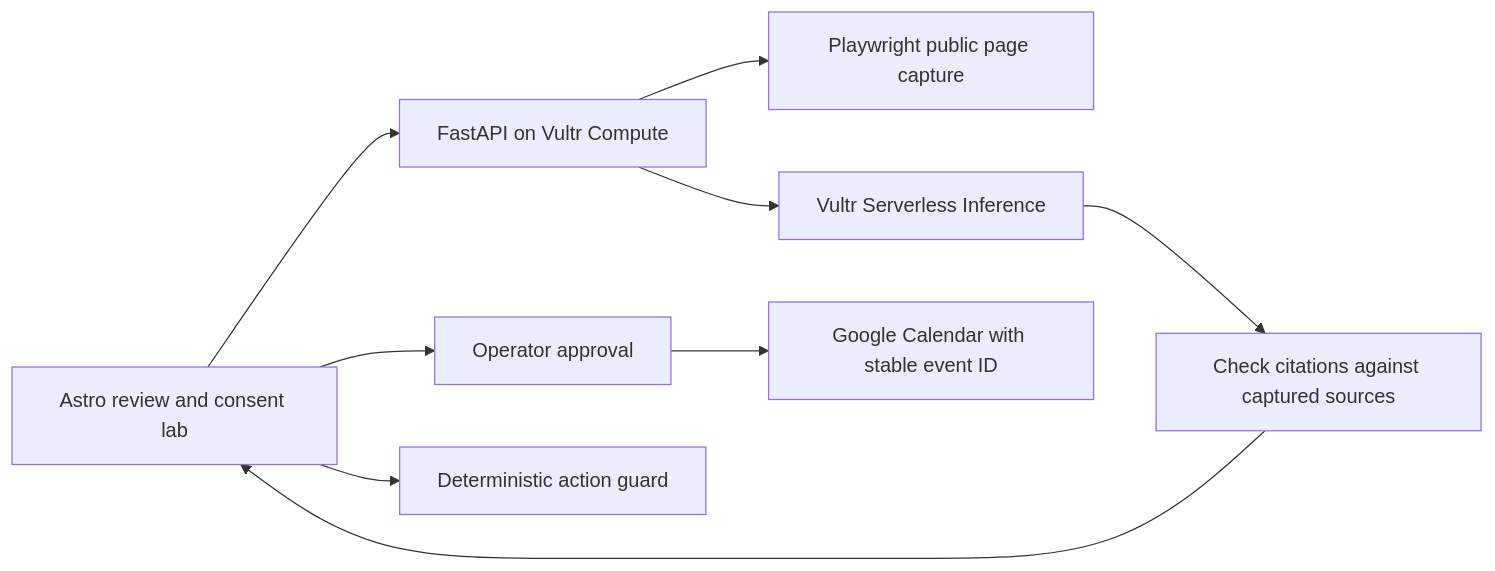
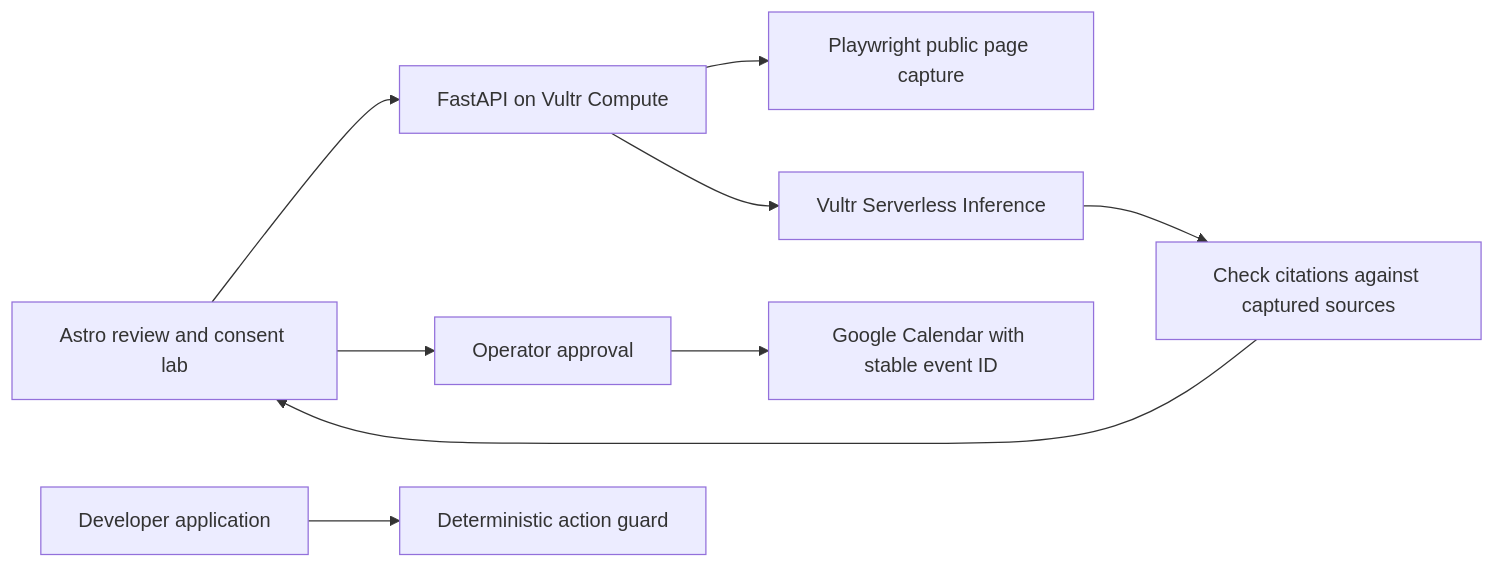
Before and after one commit to CharanD547/CoercionGuard: the diagram in README.md, drawn with Mermaid. The commit also changed other lines of this file and 12 other files, not shown here.

````diff
--- a/README.md
+++ b/README.md
@@ -14,11 +16,11 @@
 ```mermaid
 flowchart LR
     UI[Astro review and consent lab] --> API[FastAPI on Vultr Compute]
     API --> Capture[Playwright public page capture]
     API --> Inference[Vultr Serverless Inference]
     Inference --> Evidence[Check citations against captured sources]
     Evidence --> UI
     UI --> Approval[Operator approval]
     Approval --> Calendar[Google Calendar with stable event ID]
-    UI --> Guard[Deterministic action guard]
+    Developer[Developer application] --> Guard[Deterministic action guard]
 ```
````
